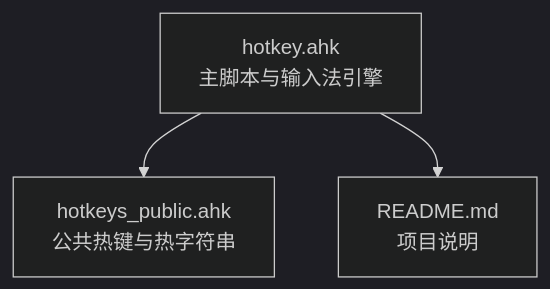
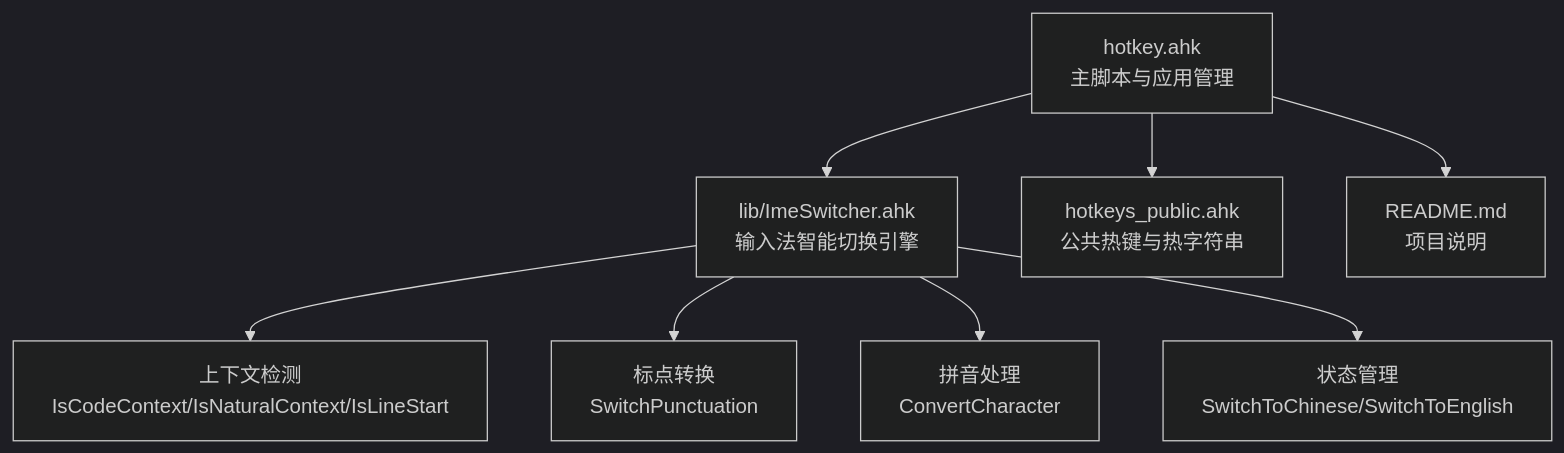
The first of 8 diagrams in .qoder/repowiki/zh/content/核心功能/输入法智能切换.md (wangys-123doit/hotkey), drawn with Mermaid (dark theme) before and after one commit. The commit also changed other lines of this file and 14 other files, not shown here.

````diff
--- a/.qoder/repowiki/zh/content/核心功能/输入法智能切换.md
+++ b/.qoder/repowiki/zh/content/核心功能/输入法智能切换.md
@@ -31,5 +42,10 @@
 ```mermaid
 graph TB
-A["hotkey.ahk<br/>主脚本与输入法引擎"] --> B["hotkeys_public.ahk<br/>公共热键与热字符串"]
-A --> C["README.md<br/>项目说明"]
+A["hotkey.ahk<br/>主脚本与应用管理"] --> B["lib/ImeSwitcher.ahk<br/>输入法智能切换引擎"]
+A --> C["hotkeys_public.ahk<br/>公共热键与热字符串"]
+A --> D["README.md<br/>项目说明"]
+B --> E["上下文检测<br/>IsCodeContext/IsNaturalContext/IsLineStart"]
+B --> F["标点转换<br/>SwitchPunctuation"]
+B --> G["拼音处理<br/>ConvertCharacter"]
+B --> H["状态管理<br/>SwitchToChinese/SwitchToEnglish"]
 ```
````
